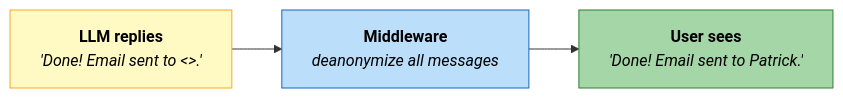
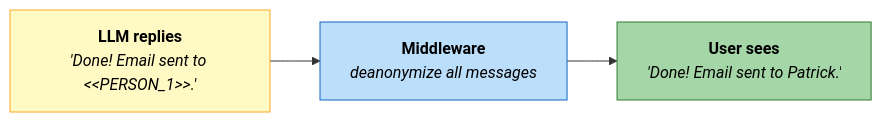
The fourth of 4 diagrams in docs/en/examples/langchain.md (Athroniaeth/piighost), drawn with Mermaid before and after one commit. The commit also changed other lines of this file and 1 other file, not shown here.

First line of the commit message:
docs(langchain): escape angle brackets in Mermaid placeholders

````diff
--- a/docs/en/examples/langchain.md
+++ b/docs/en/examples/langchain.md
@@ -222,15 +222,15 @@
 ```mermaid
 flowchart LR
     classDef user fill:#A5D6A7,stroke:#2E7D32,color:#000
     classDef mw fill:#BBDEFB,stroke:#1565C0,color:#000
     classDef llm fill:#FFF9C4,stroke:#F9A825,color:#000
 
     L["`**LLM replies**
-    _'Done! Email sent to <<PERSON_1>>.'_`"]:::llm
+    _'Done! Email sent to &lt;&lt;PERSON_1&gt;&gt;.'_`"]:::llm
     M["`**Middleware**
     _deanonymize all messages_`"]:::mw
     U["`**User sees**
     _'Done! Email sent to Patrick.'_`"]:::user
 
     L --> M --> U
 ```
````
